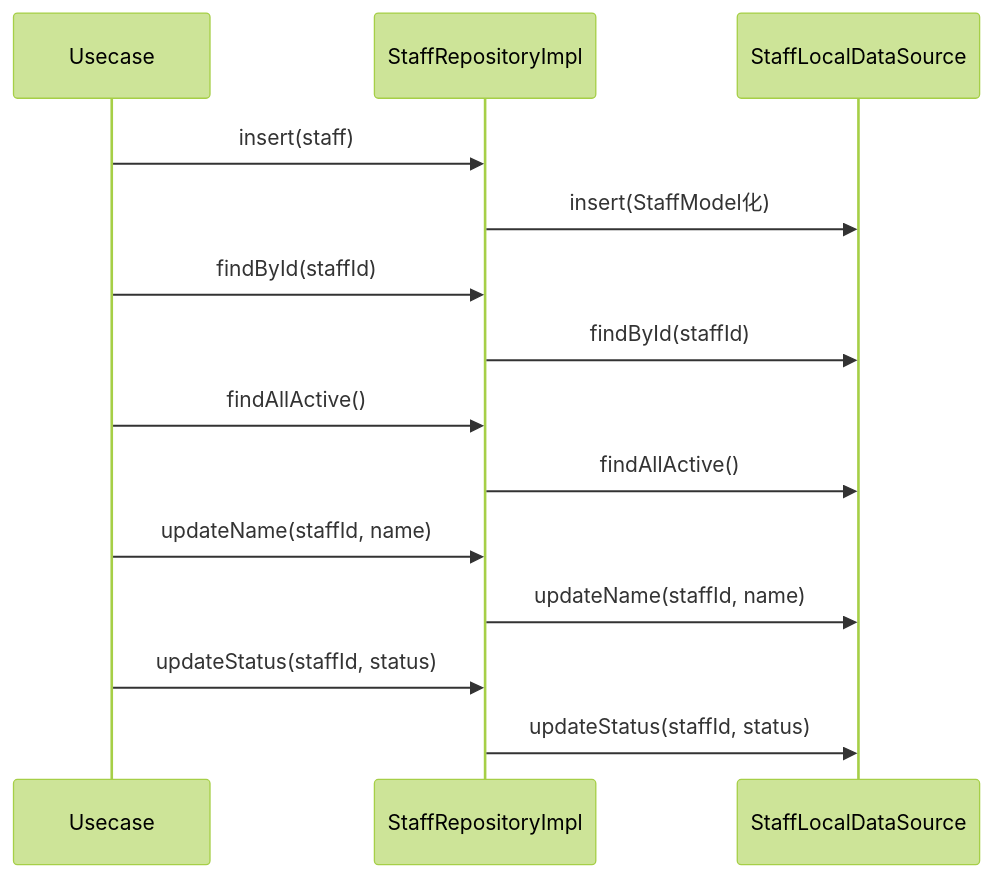
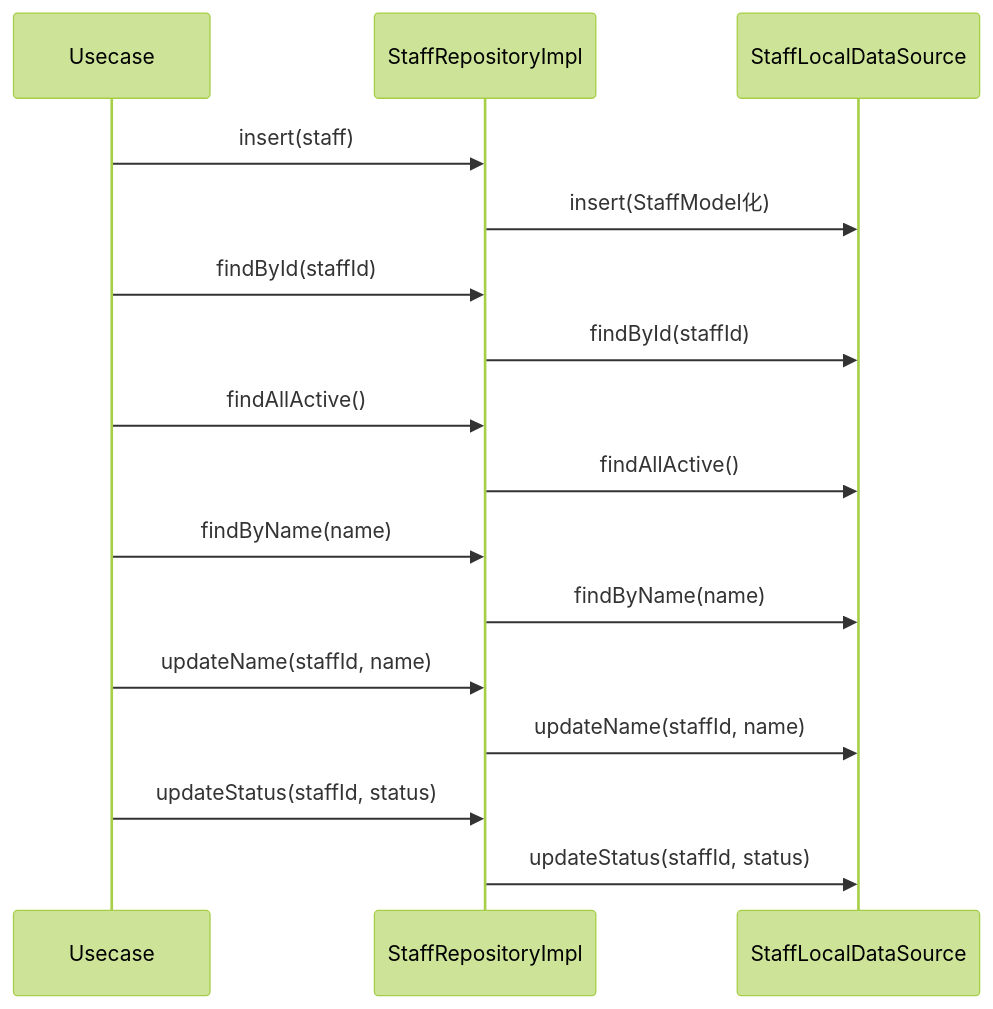
One commit to MinamiyamaKotaro/m3_pad changed the diagram in docs/design/lib/src/features/voucher/data/repositories/staff_repository_impl.md. Above: the diagram before and after it, drawn with Mermaid (forest theme). The commit also changed other lines of this file and 24 other files, not shown here.

````diff
--- a/docs/design/lib/src/features/voucher/data/repositories/staff_repository_impl.md
+++ b/docs/design/lib/src/features/voucher/data/repositories/staff_repository_impl.md
@@ -14,17 +15,19 @@
 ```mermaid
 sequenceDiagram
     participant U as Usecase
     participant Impl as StaffRepositoryImpl
     participant D as StaffLocalDataSource
 
     U->>Impl: insert(staff)
     Impl->>D: insert(StaffModel化)
     U->>Impl: findById(staffId)
     Impl->>D: findById(staffId)
     U->>Impl: findAllActive()
     Impl->>D: findAllActive()
+    U->>Impl: findByName(name)
+    Impl->>D: findByName(name)
     U->>Impl: updateName(staffId, name)
     Impl->>D: updateName(staffId, name)
     U->>Impl: updateStatus(staffId, status)
     Impl->>D: updateStatus(staffId, status)
 ```
````
